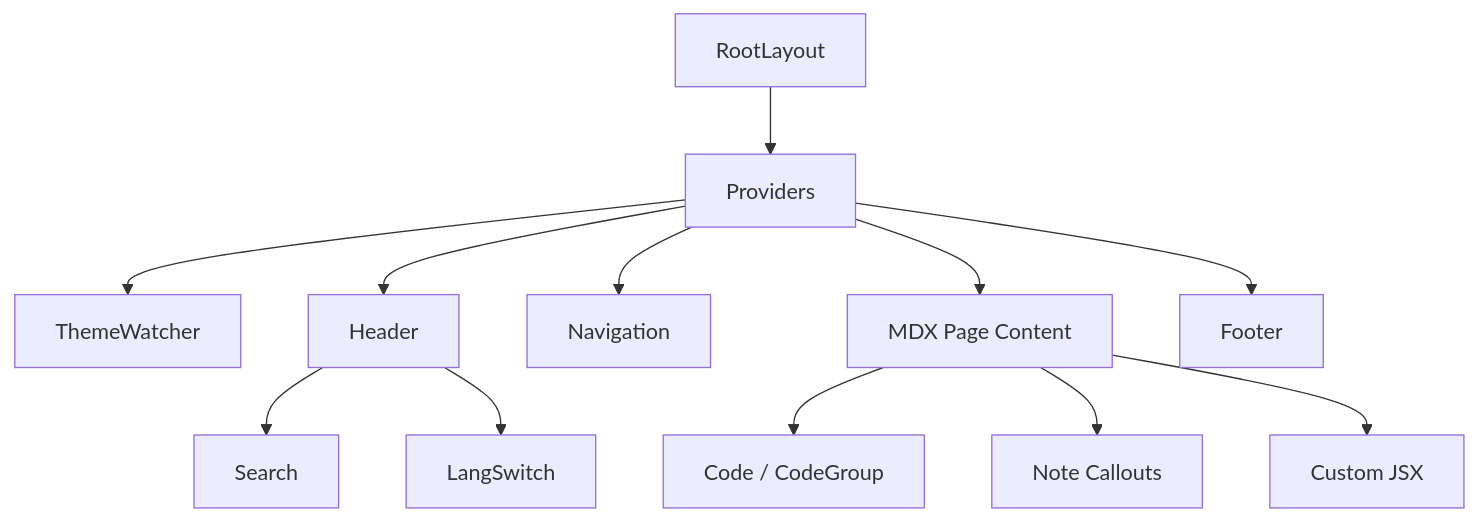
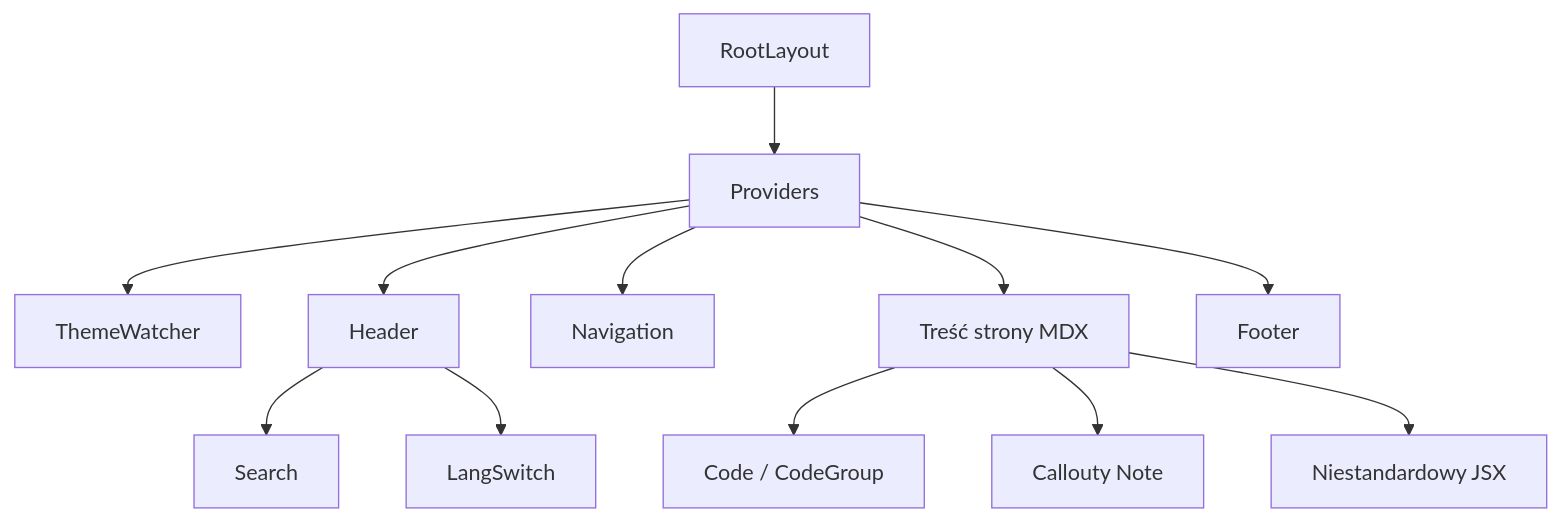
Before and after one commit to leszek3737/librefang-WIki: the diagram in docs-src.md, drawn with Mermaid. The commit also changed other lines of this file and 104 other files, not shown here.

````diff
--- a/docs-src.md
+++ b/docs-src.md
@@ -112,14 +112,14 @@
 ```mermaid
 graph TD
   A[RootLayout] --> B[Providers]
   B --> C[ThemeWatcher]
   B --> D[Header]
   B --> E[Navigation]
-  B --> F[MDX Page Content]
+  B --> F[Treść strony MDX]
   B --> G[Footer]
   D --> H[Search]
   D --> I[LangSwitch]
   F --> J[Code / CodeGroup]
-  F --> K[Note Callouts]
-  F --> L[Custom JSX]
+  F --> K[Callouty Note]
+  F --> L[Niestandardowy JSX]
 ```
````
